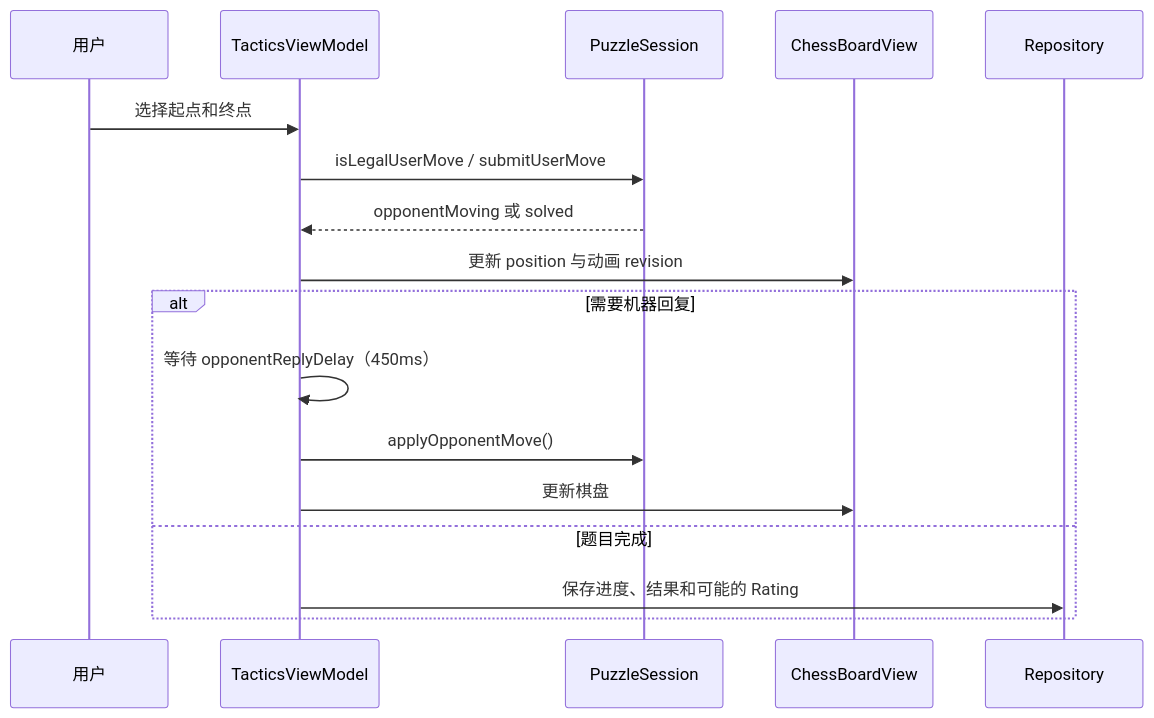
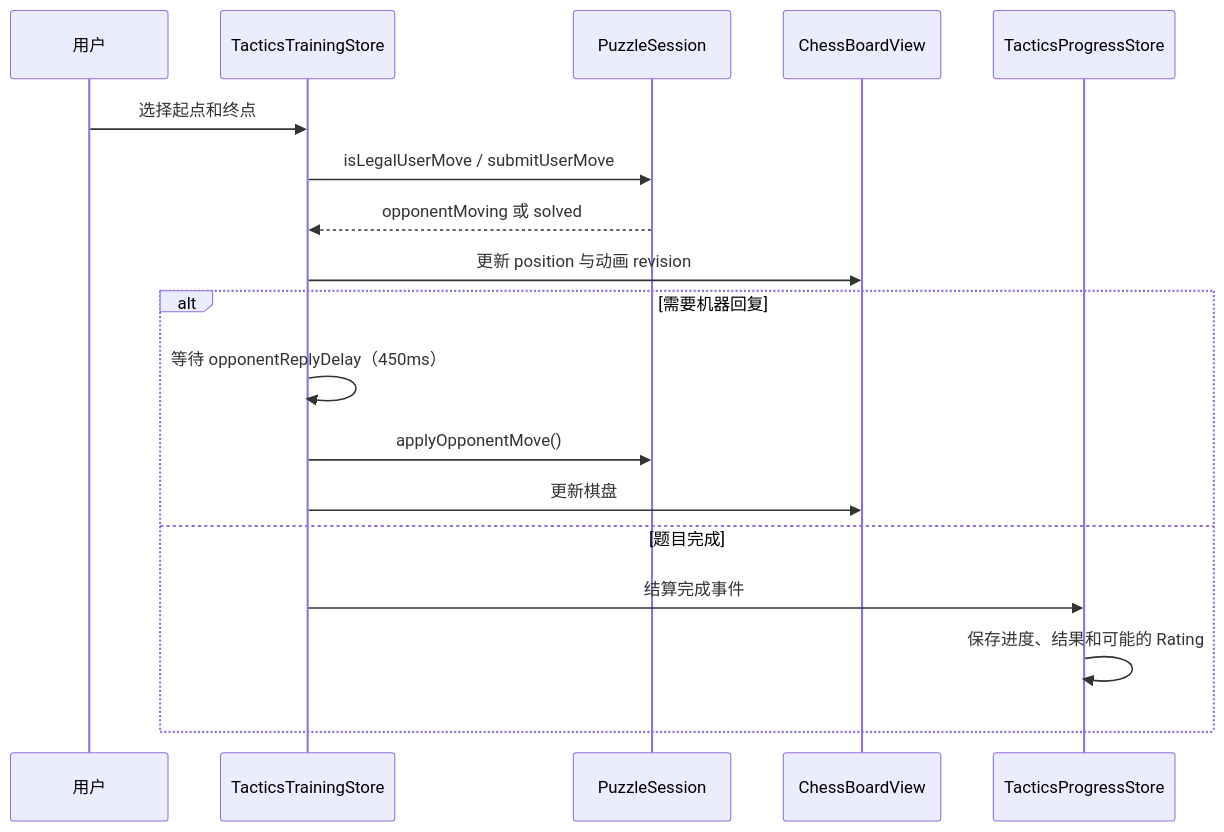
One commit to MoseDien/Tactics changed the fourth of 7 diagrams in docs/arch/ARCHITECTURE.md. Above: the diagram before and after it, drawn with Mermaid. The commit also changed other lines of this file and 15 other files, not shown here.

````diff
--- a/docs/arch/ARCHITECTURE.md
+++ b/docs/arch/ARCHITECTURE.md
@@ -179,20 +199,21 @@
 ```mermaid
 sequenceDiagram
     participant U as 用户
-    participant VM as TacticsViewModel
+    participant VM as TacticsTrainingStore
     participant S as PuzzleSession
     participant B as ChessBoardView
-    participant D as Repository
+    participant P as TacticsProgressStore
 
     U->>VM: 选择起点和终点
     VM->>S: isLegalUserMove / submitUserMove
     S-->>VM: opponentMoving 或 solved
     VM->>B: 更新 position 与动画 revision
     alt 需要机器回复
         VM->>VM: 等待 opponentReplyDelay（450ms）
         VM->>S: applyOpponentMove()
         VM->>B: 更新棋盘
     else 题目完成
-        VM->>D: 保存进度、结果和可能的 Rating
+        VM->>P: 结算完成事件
+        P->>P: 保存进度、结果和可能的 Rating
     end
 ```
````
